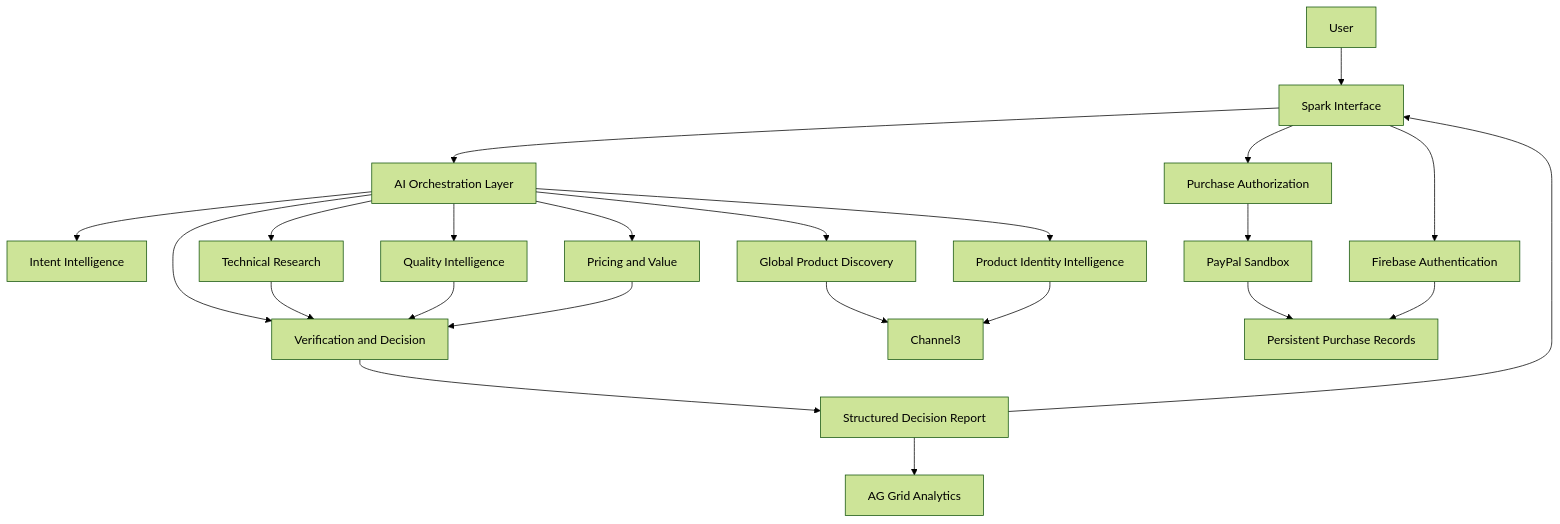
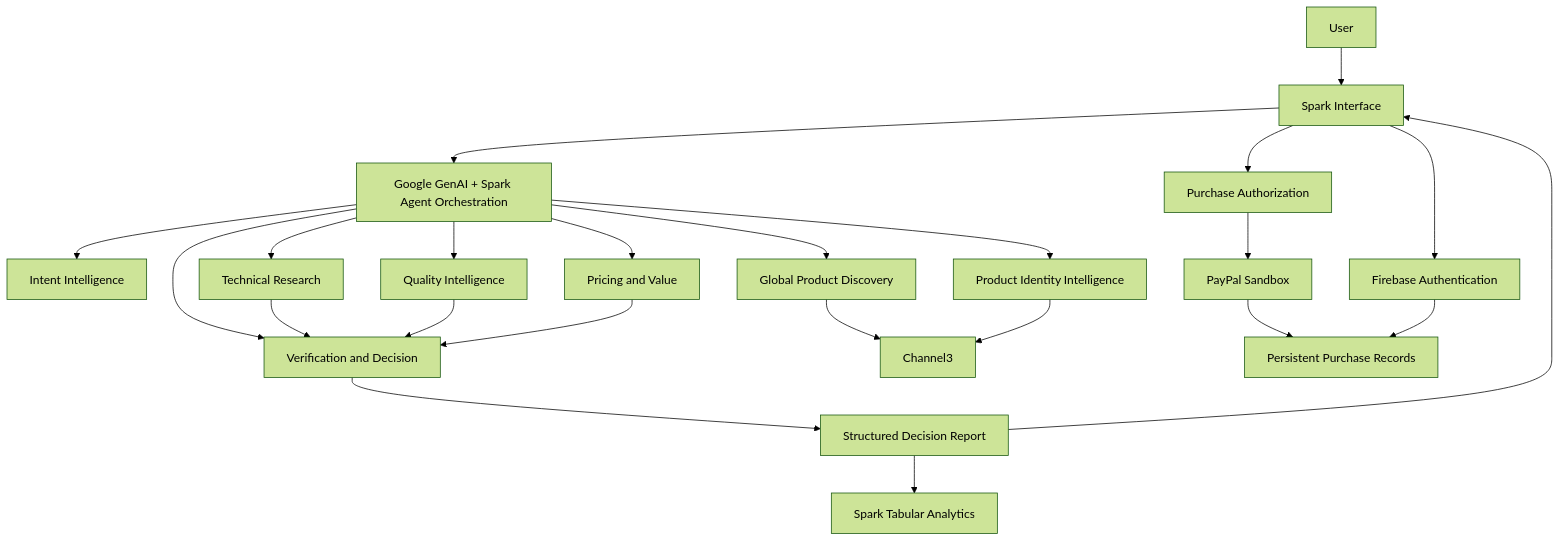
One commit to bobs197ysb017-commits/Spark changed the first of 2 diagrams in README.md. Above: the diagram before and after it, drawn with Mermaid (forest theme). The commit also changed other lines of this file and 16 other files, not shown here.

First line of the commit message:
feat(subscriptions): implement PayPal sandbox flows

````diff
--- a/README.md
+++ b/README.md
@@ -146,30 +145,30 @@
 ```mermaid
 flowchart TD
     U[User] --> UI[Spark Interface]
-    UI --> O[AI Orchestration Layer]
+    UI --> O[Google GenAI + Spark Agent Orchestration]
 
     O --> I[Intent Intelligence]
     O --> D[Global Product Discovery]
     O --> P[Product Identity Intelligence]
     O --> T[Technical Research]
     O --> Q[Quality Intelligence]
     O --> V[Pricing and Value]
     O --> E[Verification and Decision]
 
     D --> C[Channel3]
     P --> C
     T --> E
     Q --> E
     V --> E
 
     E --> R[Structured Decision Report]
     R --> UI
 
     UI --> A[Purchase Authorization]
     A --> PP[PayPal Sandbox]
     PP --> DB[Persistent Purchase Records]
 
     UI --> F[Firebase Authentication]
     F --> DB
-    R --> AG[AG Grid Analytics]
+    R --> AG[Spark Tabular Analytics]
 ```
````
